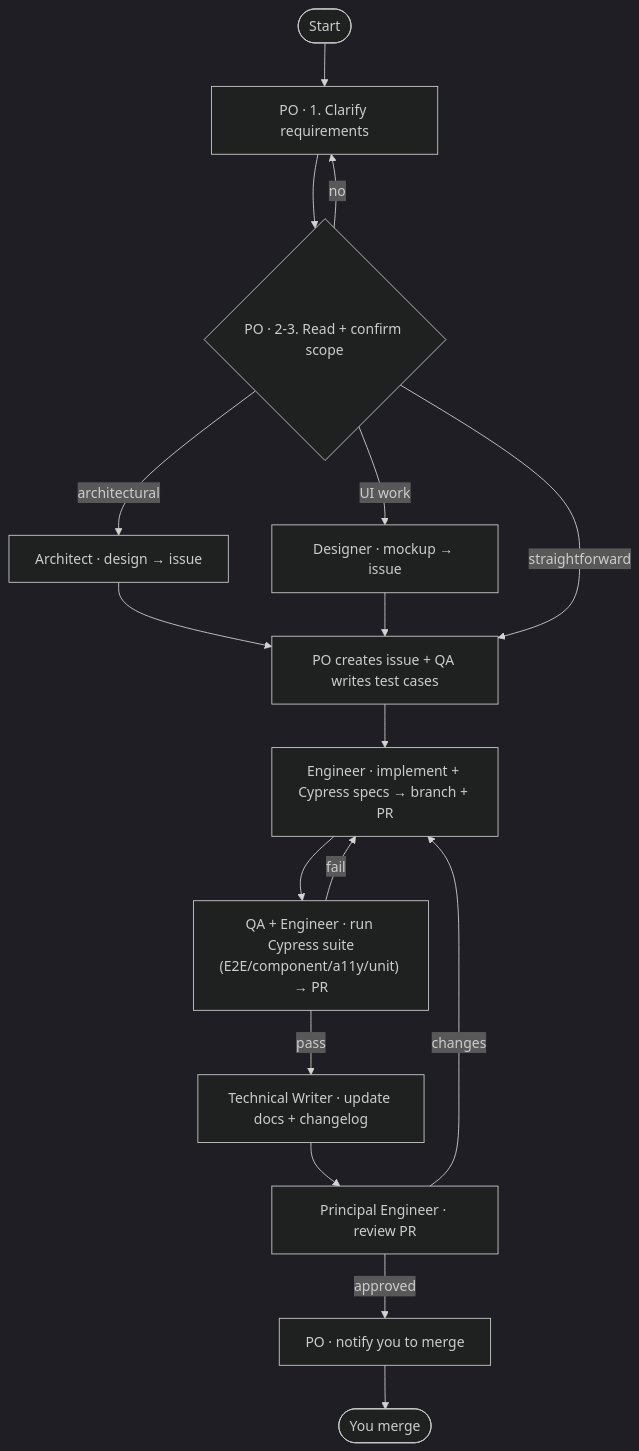
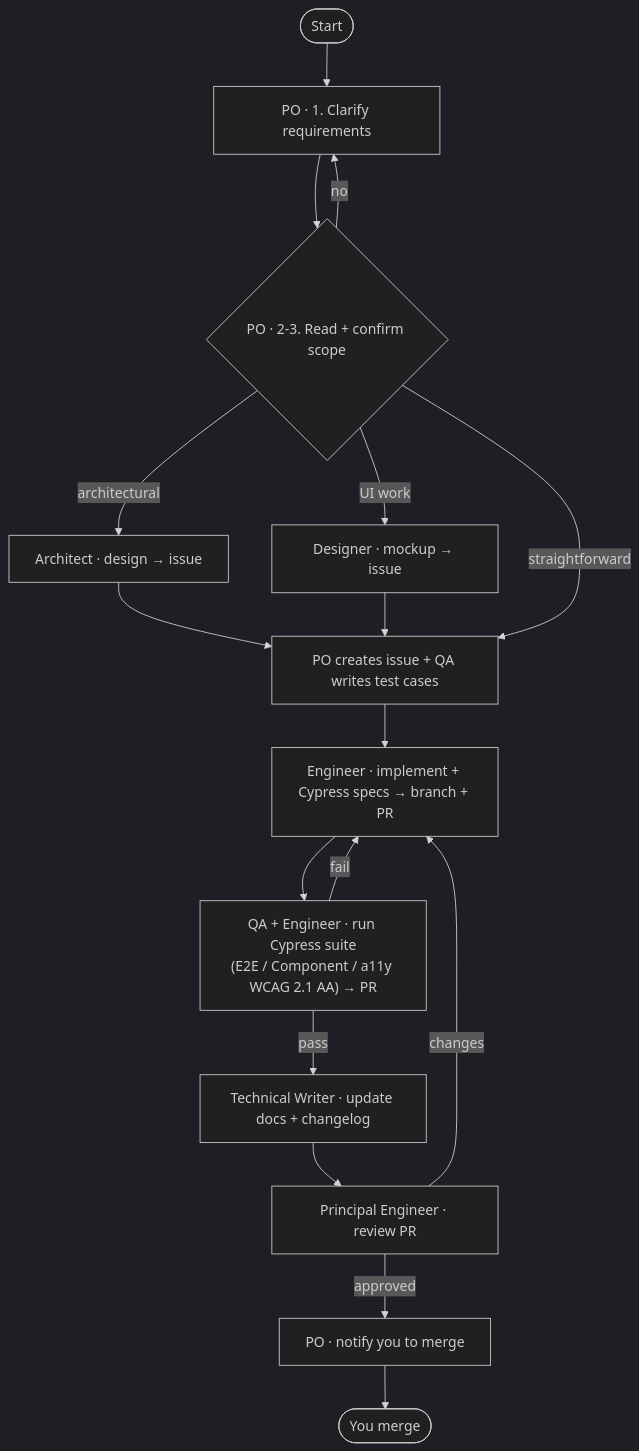
The diagram in README.md (nattaponra/skills), drawn with Mermaid (dark theme) before and after one commit. The commit also changed other lines of this file and 5 other files, not shown here.

First line of the commit message:
Cypress suite = 3 pillars: E2E, Component, WCAG 2.1 AA accessibility

````diff
--- a/README.md
+++ b/README.md
@@ -42,19 +42,19 @@
 ```mermaid
 flowchart TD
     Start([Start]) --> Clarify["PO · 1. Clarify requirements"]
     Clarify --> Confirm{PO · 2-3. Read + confirm scope}
     Confirm -->|no| Clarify
     Confirm -->|architectural| Architect["Architect · design → issue"]
     Confirm -->|UI work| Designer["Designer · mockup → issue"]
     Architect --> Issue["PO creates issue + QA writes test cases"]
     Designer --> Issue
     Confirm -->|straightforward| Issue
     Issue --> Dev["Engineer · implement + Cypress specs → branch + PR"]
-    Dev --> E2E["QA + Engineer · run Cypress suite<br/>(E2E/component/a11y/unit) → PR"]
+    Dev --> E2E["QA + Engineer · run Cypress suite<br/>(E2E / Component / a11y WCAG 2.1 AA) → PR"]
     E2E -->|fail| Dev
     E2E -->|pass| Docs["Technical Writer · update docs + changelog"]
     Docs --> Review["Principal Engineer · review PR"]
     Review -->|changes| Dev
     Review -->|approved| Notify["PO · notify you to merge"]
     Notify --> Done([You merge])
 ```
````
